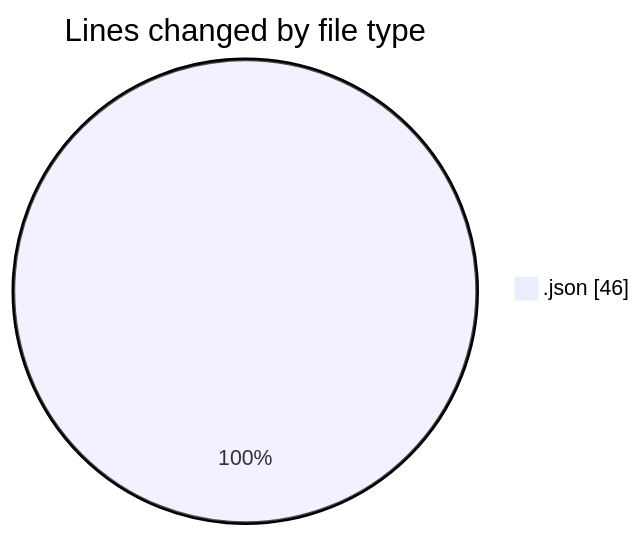
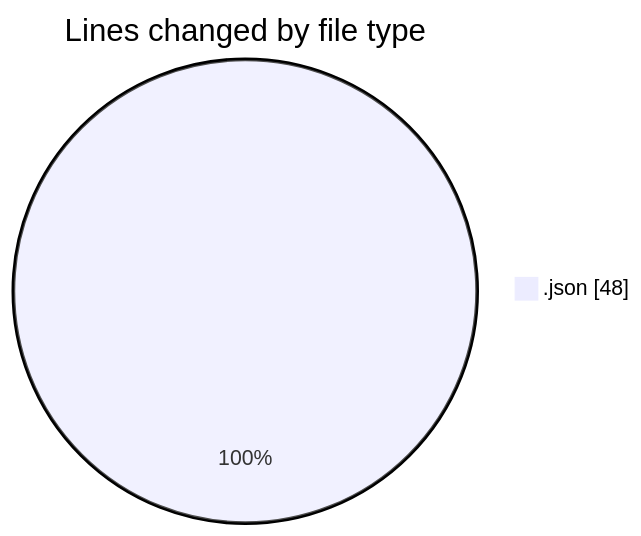
The first of 2 diagrams in 2025-01-03/mods/README.md (3Nya3/code-tracking), drawn with Mermaid before and after one commit. The commit also changed other lines of this file and 1 other file, not shown here.

````diff
--- a/2025-01-03/mods/README.md
+++ b/2025-01-03/mods/README.md
@@ -20,5 +20,5 @@
 ```mermaid
 pie showData
 title Lines changed by file type
-".json" : 46
+".json" : 48
 ```
````
